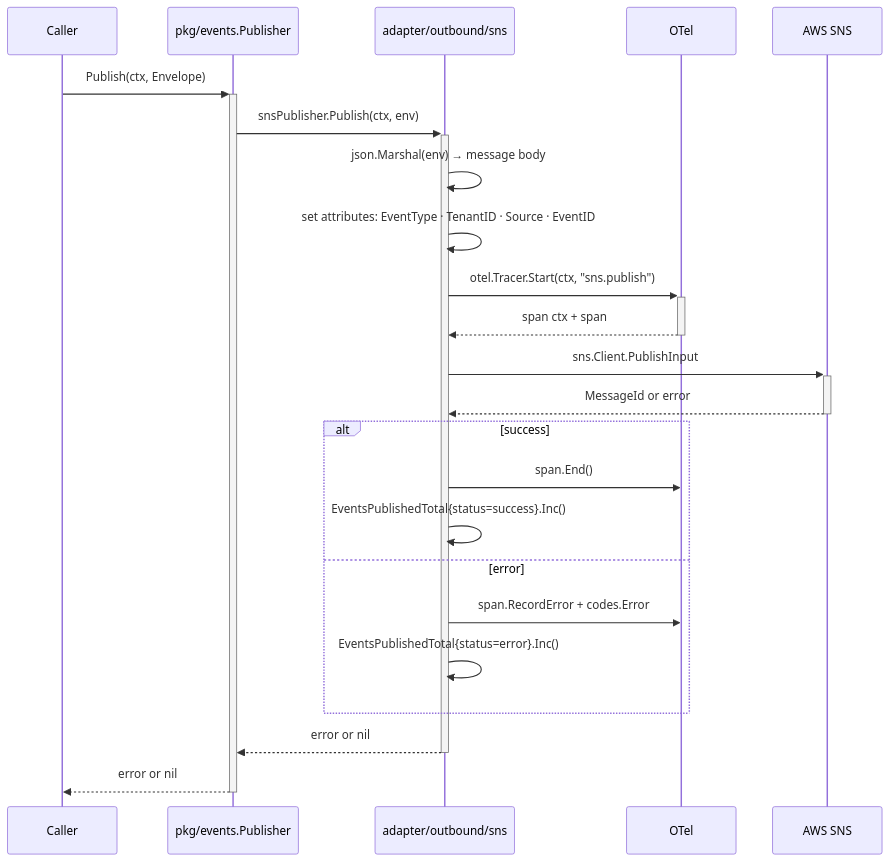
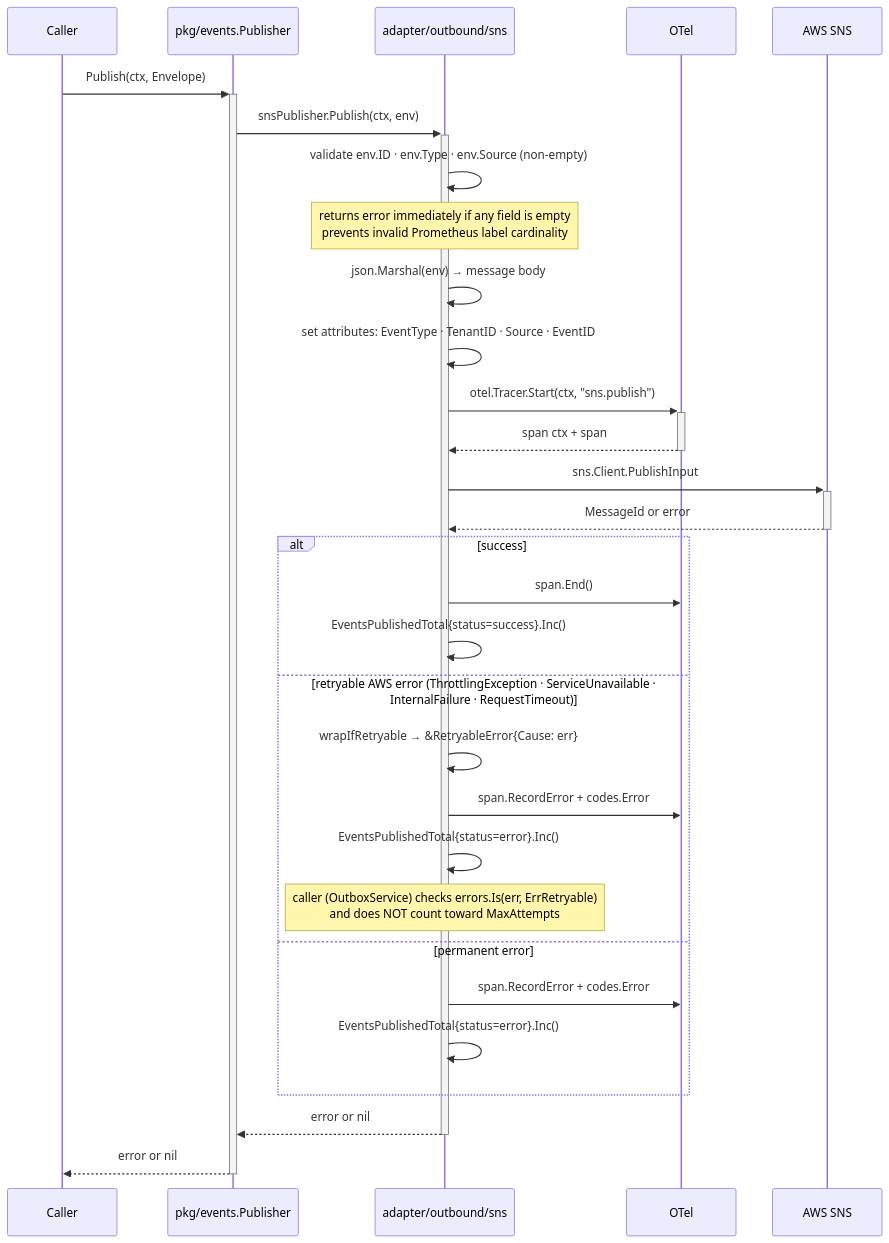
The diagram in docs/architecture/mermaid/sns-publish-flow.mmd (BCBP-SOLUTIONS-FZC-LLC/platform-events), drawn with Mermaid before and after one commit. The commit also changed 63 other files, not shown here.

```diff
--- a/docs/architecture/mermaid/sns-publish-flow.mmd
+++ b/docs/architecture/mermaid/sns-publish-flow.mmd
@@ -1,29 +1,37 @@
 sequenceDiagram
     participant Caller
     participant Publisher as pkg/events.Publisher
     participant SNSAdp as adapter/outbound/sns
     participant OTel
     participant SNS as AWS SNS
 
     Caller ->>+ Publisher: Publish(ctx, Envelope)
     Publisher ->>+ SNSAdp: snsPublisher.Publish(ctx, env)
+
+    SNSAdp ->> SNSAdp: validate env.ID · env.Type · env.Source (non-empty)
+    Note over SNSAdp: returns error immediately if any field is empty<br/>prevents invalid Prometheus label cardinality
 
     SNSAdp ->> SNSAdp: json.Marshal(env) → message body
     SNSAdp ->> SNSAdp: set attributes: EventType · TenantID · Source · EventID
 
     SNSAdp ->>+ OTel: otel.Tracer.Start(ctx, "sns.publish")
     OTel -->>- SNSAdp: span ctx + span
 
     SNSAdp ->>+ SNS: sns.Client.PublishInput
     SNS -->>- SNSAdp: MessageId or error
 
     alt success
         SNSAdp ->> OTel: span.End()
         SNSAdp ->> SNSAdp: EventsPublishedTotal{status=success}.Inc()
-    else error
+    else retryable AWS error (ThrottlingException · ServiceUnavailable · InternalFailure · RequestTimeout)
+        SNSAdp ->> SNSAdp: wrapIfRetryable → &RetryableError{Cause: err}
+        SNSAdp ->> OTel: span.RecordError + codes.Error
+        SNSAdp ->> SNSAdp: EventsPublishedTotal{status=error}.Inc()
+        Note over SNSAdp: caller (OutboxService) checks errors.Is(err, ErrRetryable)<br/>and does NOT count toward MaxAttempts
+    else permanent error
         SNSAdp ->> OTel: span.RecordError + codes.Error
         SNSAdp ->> SNSAdp: EventsPublishedTotal{status=error}.Inc()
     end
 
     SNSAdp -->>- Publisher: error or nil
     Publisher -->>- Caller: error or nil
```
